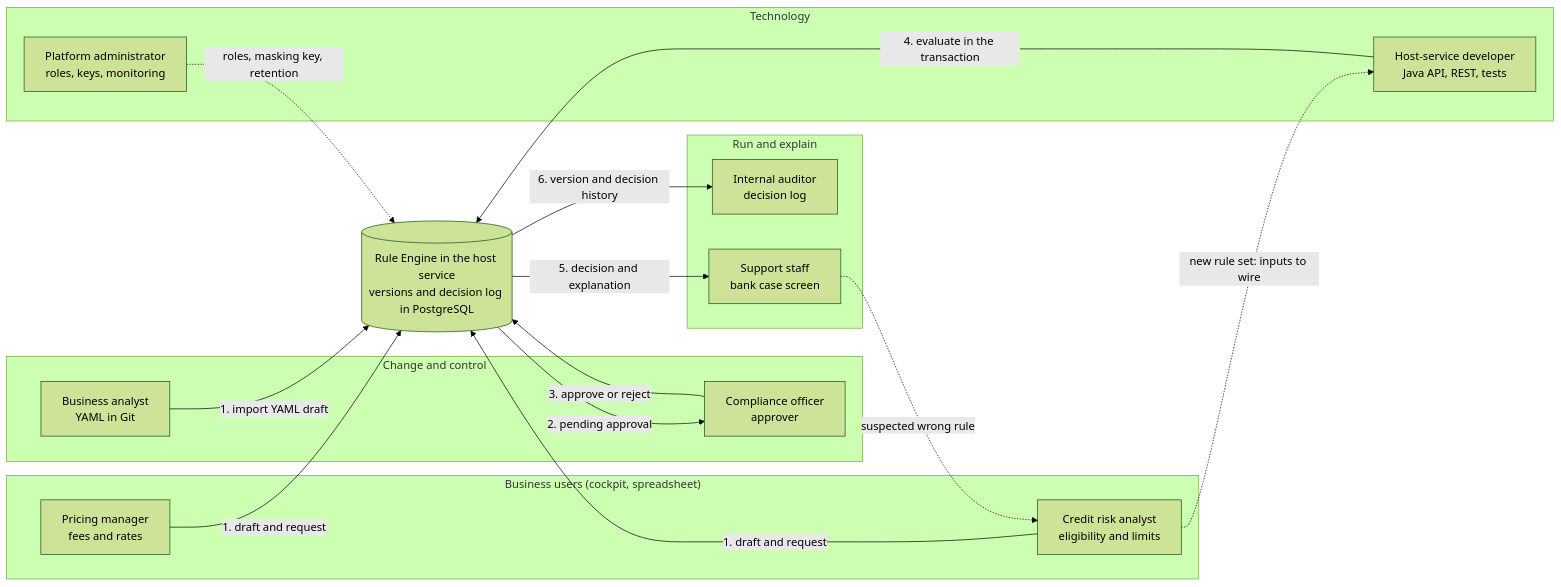
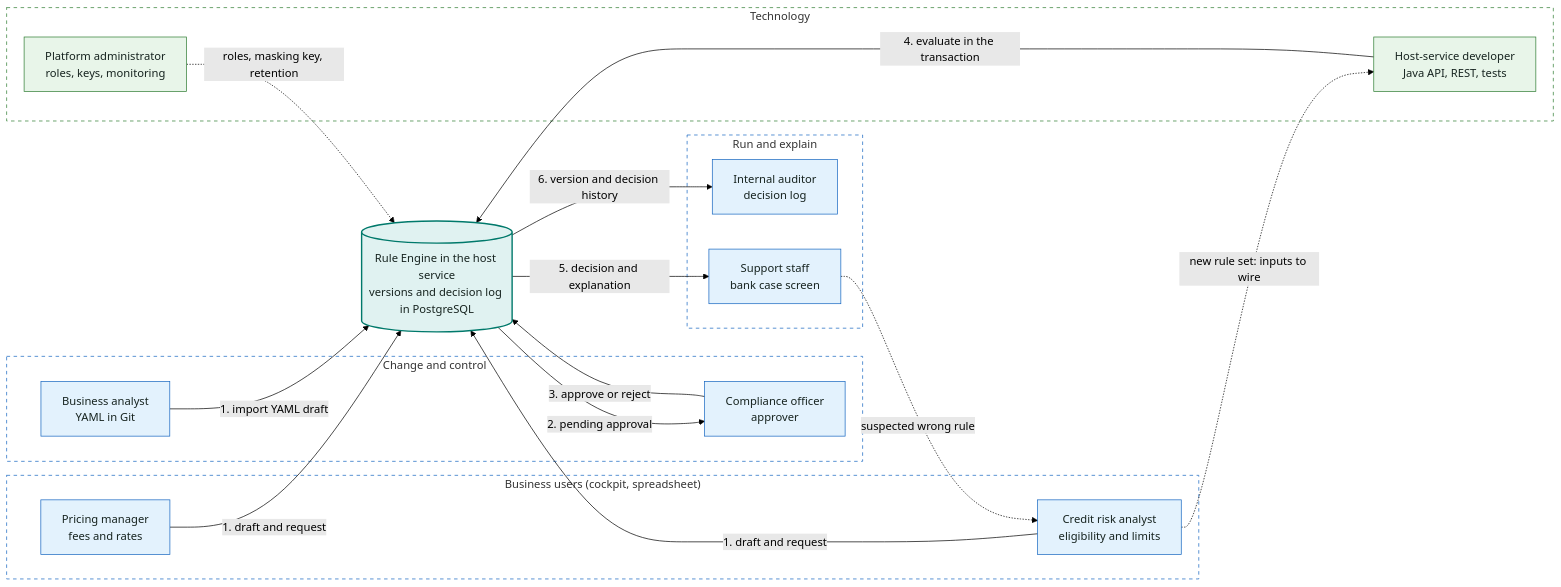
Before and after one commit to dhluong90/horus-Agentic-BPM: the diagram in docs/product/diagrams/re-personas-handoffs.mmd, drawn with Mermaid (forest theme). The commit also changed 30 other files, not shown here.

First line of the commit message:
docs(product): diagrams for vision, PRDs, roadmap and feature map

```diff
--- a/docs/product/diagrams/re-personas-handoffs.mmd
+++ b/docs/product/diagrams/re-personas-handoffs.mmd
@@ -1,30 +1,43 @@
 flowchart LR
   subgraph Business["Business users (cockpit, spreadsheet)"]
     PM["Pricing manager<br/>fees and rates"]
     RA["Credit risk analyst<br/>eligibility and limits"]
   end
   subgraph Change["Change and control"]
     BA["Business analyst<br/>YAML in Git"]
     CO["Compliance officer<br/>approver"]
   end
   subgraph Run["Run and explain"]
     SU["Support staff<br/>bank case screen"]
     AU["Internal auditor<br/>decision log"]
   end
   subgraph Tech["Technology"]
     DV["Host-service developer<br/>Java API, REST, tests"]
     AD["Platform administrator<br/>roles, keys, monitoring"]
   end
   ENG[("Rule Engine in the host service<br/>versions and decision log in PostgreSQL")]
 
   PM -- "1. draft and request" --> ENG
   RA -- "1. draft and request" --> ENG
   BA -- "1. import YAML draft" --> ENG
   RA -. "new rule set: inputs to wire" .-> DV
   ENG -- "2. pending approval" --> CO
   CO -- "3. approve or reject" --> ENG
   DV -- "4. evaluate in the transaction" --> ENG
   ENG -- "5. decision and explanation" --> SU
   ENG -- "6. version and decision history" --> AU
   SU -. "suspected wrong rule" .-> RA
   AD -. "roles, masking key, retention" .-> ENG
+  classDef client fill:#E3F2FD,stroke:#1565C0,color:#16231F
+  classDef host fill:#E8F5E9,stroke:#2E7D32,color:#16231F
+  classDef engine fill:#E0F2F1,stroke:#00796B,stroke-width:2px,color:#16231F
+  classDef db fill:#FFF8E1,stroke:#F9A825,color:#16231F
+  classDef external fill:#F3E5F5,stroke:#6A1B9A,color:#16231F
+  classDef obs fill:#ECEFF1,stroke:#546E7A,color:#16231F
+  class PM,RA,BA,CO,SU,AU client;
+  class DV,AD host;
+  class ENG engine;
+  style Business fill:none,stroke:#1565C0,stroke-dasharray:5 5
+  style Change fill:none,stroke:#1565C0,stroke-dasharray:5 5
+  style Run fill:none,stroke:#1565C0,stroke-dasharray:5 5
+  style Tech fill:none,stroke:#2E7D32,stroke-dasharray:5 5
```
